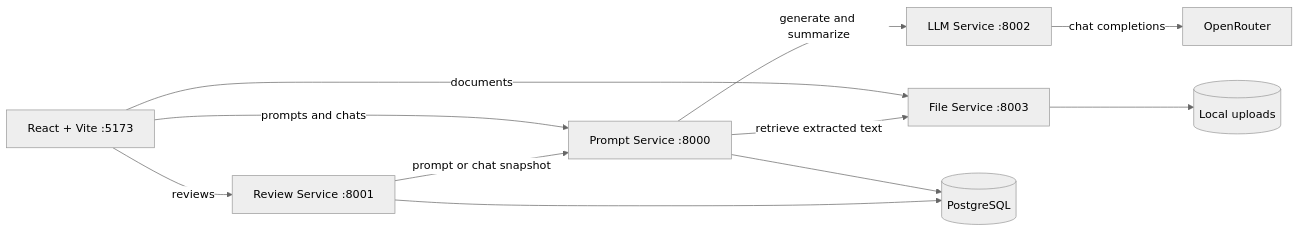
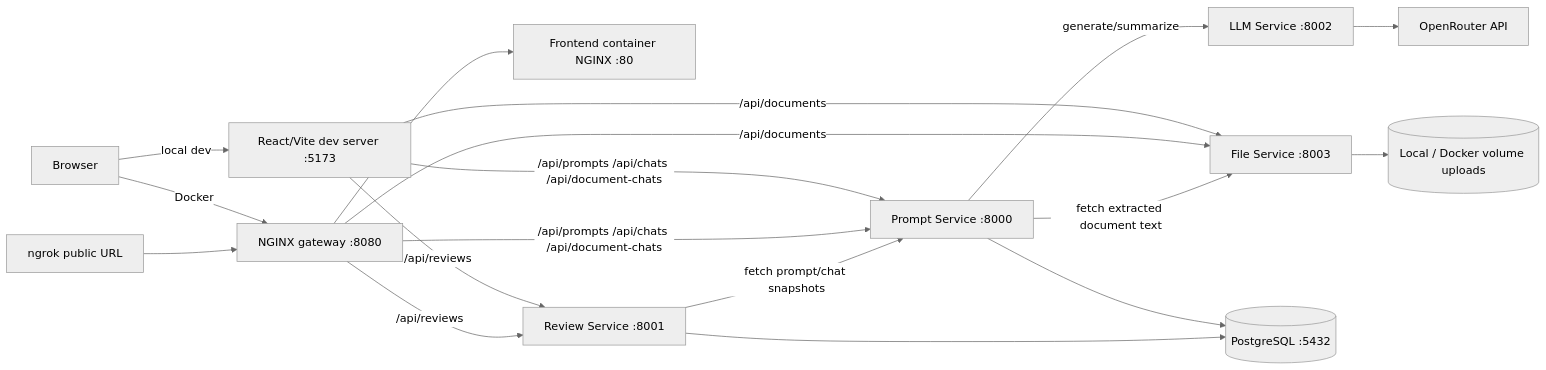
Before and after one commit to aqeelsql/prompt-manager: the diagram in README.md, drawn with Mermaid (neutral theme). The commit also changed other lines of this file and 8 other files, not shown here.

````diff
--- a/README.md
+++ b/README.md
@@ -25,22 +25,33 @@
 ```mermaid
 flowchart LR
-    UI[React + Vite :5173]
-    PS[Prompt Service :8000]
-    RS[Review Service :8001]
-    LS[LLM Service :8002]
-    FS[File Service :8003]
-    OR[OpenRouter]
-    DB[(PostgreSQL)]
-    DISK[(Local uploads)]
+    Browser[Browser]
+    Vite[React/Vite dev server :5173]
+    Gateway[NGINX gateway :8080]
+    Frontend[Frontend container NGINX :80]
+    Prompt[Prompt Service :8000]
+    Review[Review Service :8001]
+    LLM[LLM Service :8002]
+    File[File Service :8003]
+    DB[(PostgreSQL :5432)]
+    Uploads[(Local / Docker volume uploads)]
+    OpenRouter[OpenRouter API]
+    Ngrok[ngrok public URL]
 
-    UI -->|prompts and chats| PS
-    UI -->|reviews| RS
-    UI -->|documents| FS
-    PS -->|generate and summarize| LS
-    PS -->|retrieve extracted text| FS
-    RS -->|prompt or chat snapshot| PS
-    LS -->|chat completions| OR
-    PS --> DB
-    RS --> DB
-    FS --> DISK
+    Browser -->|local dev| Vite
+    Browser -->|Docker| Gateway
+    Ngrok --> Gateway
+    Gateway --> Frontend
+    Vite -->|/api/prompts /api/chats /api/document-chats| Prompt
+    Vite -->|/api/reviews| Review
+    Vite -->|/api/documents| File
+    Gateway -->|/api/prompts /api/chats /api/document-chats| Prompt
+    Gateway -->|/api/reviews| Review
+    Gateway -->|/api/documents| File
+    Prompt --> DB
+    Review --> DB
+    Review -->|fetch prompt/chat snapshots| Prompt
+    Prompt -->|generate/summarize| LLM
+    Prompt -->|fetch extracted document text| File
+    File --> Uploads
+    LLM --> OpenRouter
 ```
````
